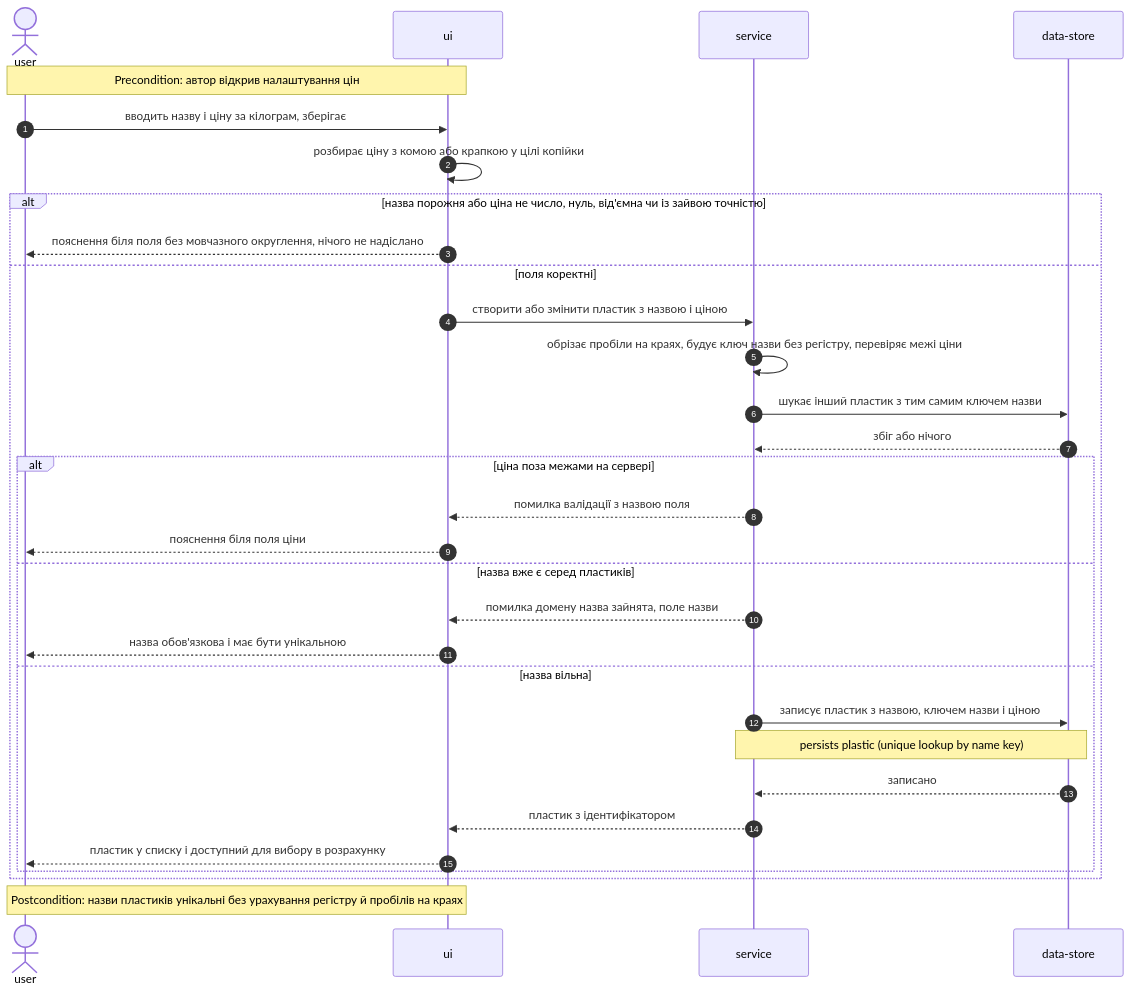
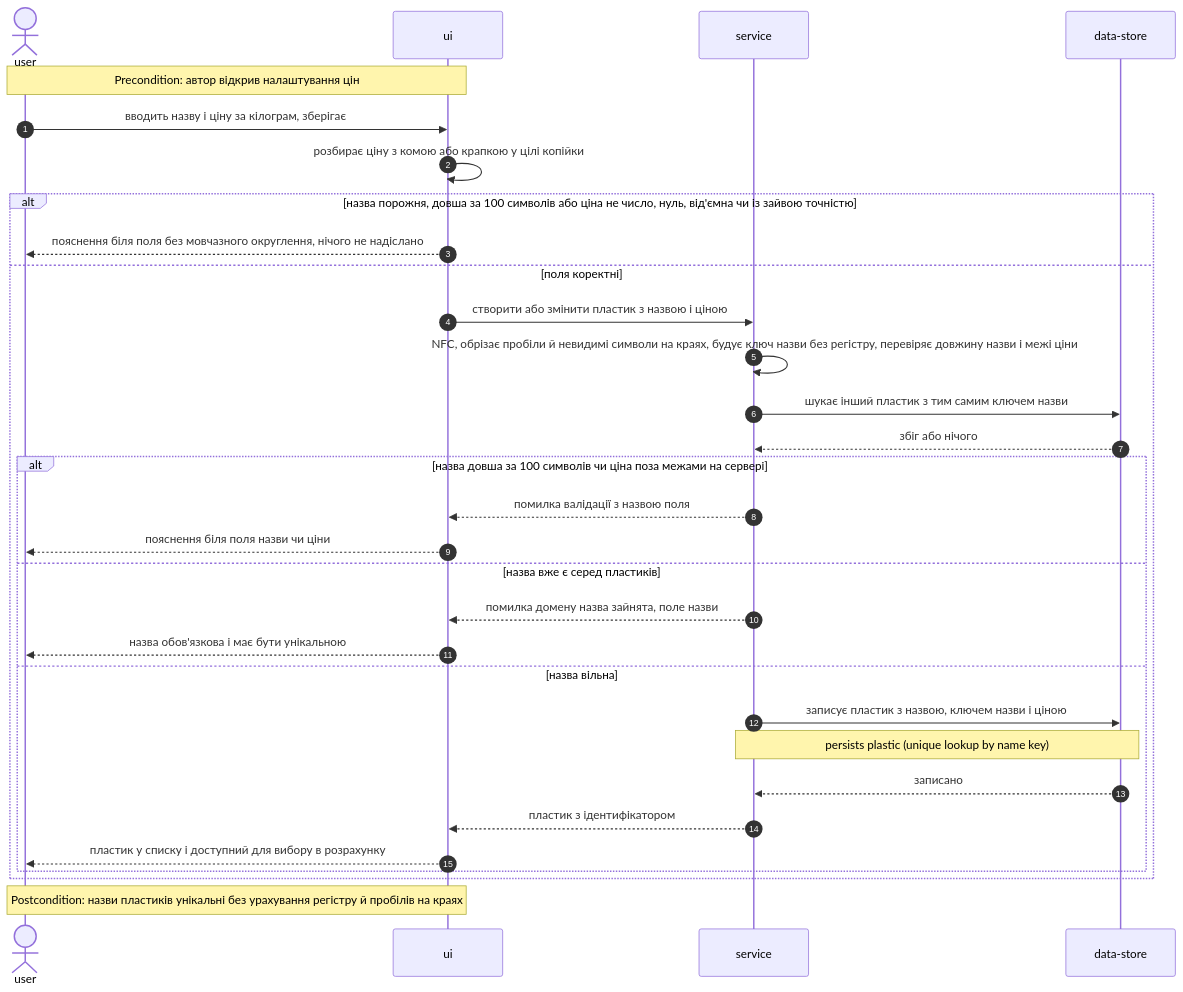
One commit to Gitboolean/calculate-3d changed the third of 11 diagrams in docs/features/cost-calculator/sad.md. Above: the diagram before and after it, drawn with Mermaid. The commit also changed other lines of this file and 8 other files, not shown here.

First line of the commit message:
docs(cost-calculator): carry the 100-character name cap into the SAD flows, AC-14c and the item 422

````diff
--- a/docs/features/cost-calculator/sad.md
+++ b/docs/features/cost-calculator/sad.md
@@ -197,34 +197,34 @@
 ```mermaid
 sequenceDiagram
     autonumber
     actor U as user
     participant UI as ui
     participant S as service
     participant D as data-store
 
     Note over U,UI: Precondition: автор відкрив налаштування цін
     U->>UI: вводить назву і ціну за кілограм, зберігає
     UI->>UI: розбирає ціну з комою або крапкою у цілі копійки
-    alt назва порожня або ціна не число, нуль, від'ємна чи із зайвою точністю
+    alt назва порожня, довша за 100 символів або ціна не число, нуль, від'ємна чи із зайвою точністю
         UI-->>U: пояснення біля поля без мовчазного округлення, нічого не надіслано
     else поля коректні
         UI->>S: створити або змінити пластик з назвою і ціною
-        S->>S: обрізає пробіли на краях, будує ключ назви без регістру, перевіряє межі ціни
+        S->>S: NFC, обрізає пробіли й невидимі символи на краях, будує ключ назви без регістру, перевіряє довжину назви і межі ціни
         S->>D: шукає інший пластик з тим самим ключем назви
         D-->>S: збіг або нічого
-        alt ціна поза межами на сервері
+        alt назва довша за 100 символів чи ціна поза межами на сервері
             S-->>UI: помилка валідації з назвою поля
-            UI-->>U: пояснення біля поля ціни
+            UI-->>U: пояснення біля поля назви чи ціни
         else назва вже є серед пластиків
             S-->>UI: помилка домену назва зайнята, поле назви
             UI-->>U: назва обов'язкова і має бути унікальною
         else назва вільна
             S->>D: записує пластик з назвою, ключем назви і ціною
             Note over S,D: persists plastic (unique lookup by name key)
             D-->>S: записано
             S-->>UI: пластик з ідентифікатором
             UI-->>U: пластик у списку і доступний для вибору в розрахунку
         end
     end
     Note over U,UI: Postcondition: назви пластиків унікальні без урахування регістру й пробілів на краях
 ```
````
